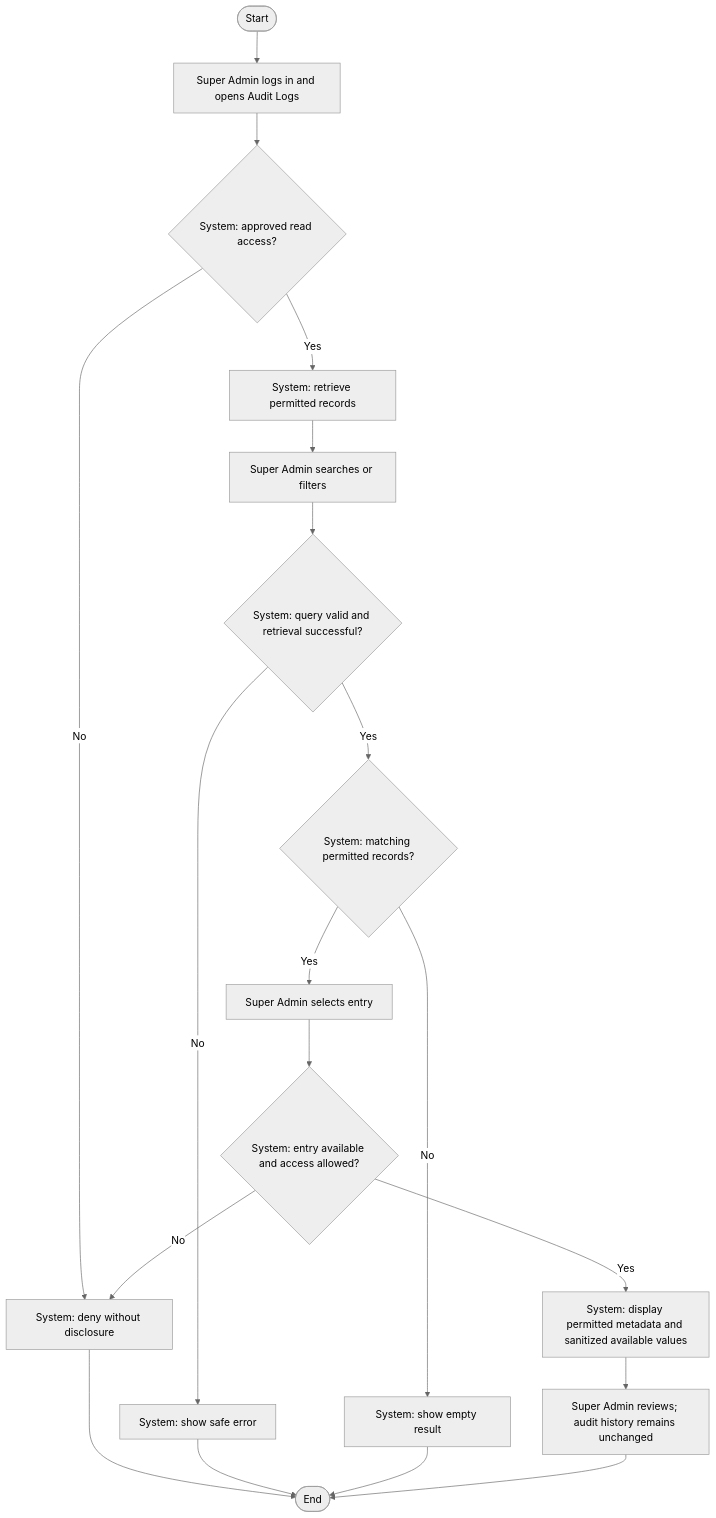
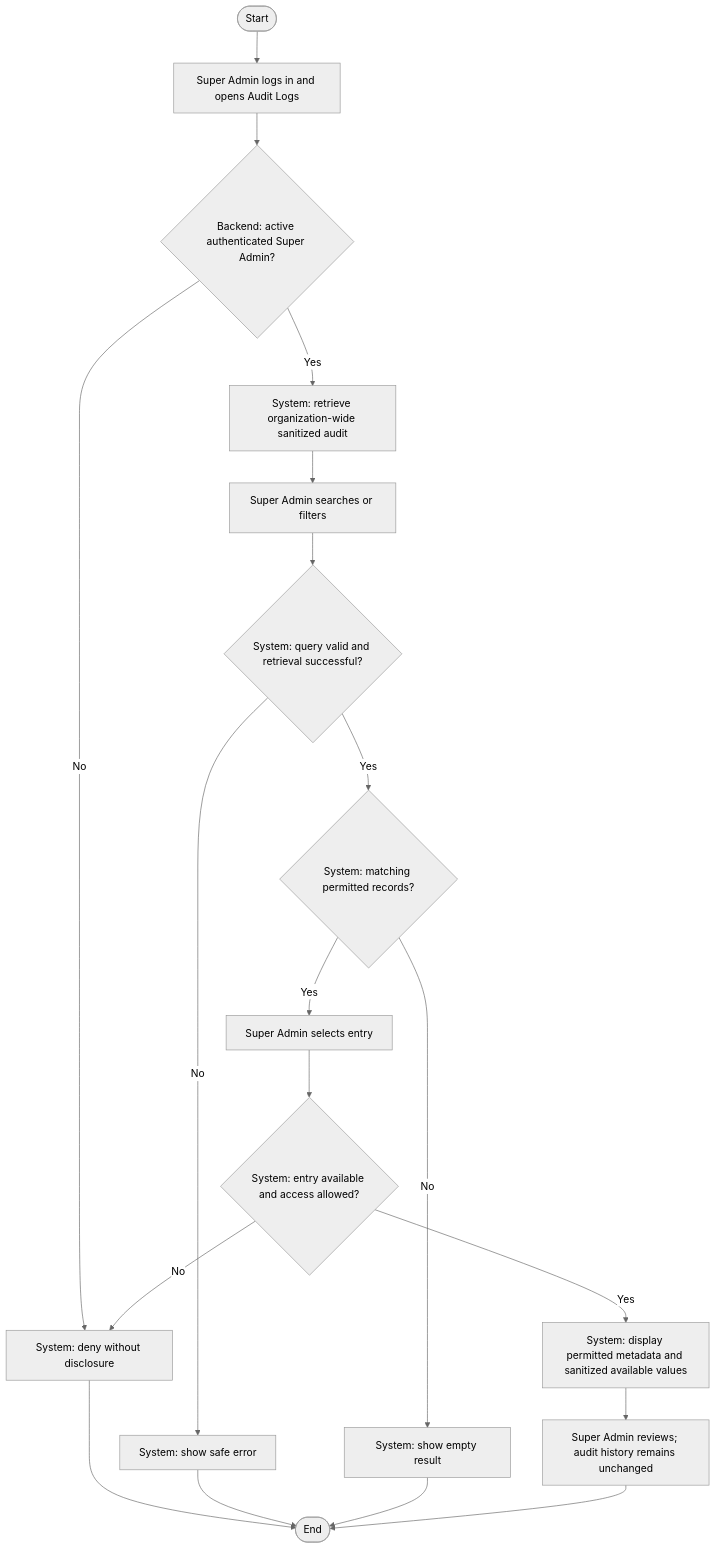
The diagram in docs/flows/super-admin/view-audit-logs.md (ShahzamanNaveed/HopeBridge), drawn with Mermaid (neutral theme) before and after one commit. The commit also changed other lines of this file and 54 other files, not shown here.

Commit message:
add final project architecture

````diff
--- a/docs/flows/super-admin/view-audit-logs.md
+++ b/docs/flows/super-admin/view-audit-logs.md
@@ -50,21 +51,21 @@
 ```mermaid
 flowchart TD
     A([Start]) --> B["Super Admin logs in and opens Audit Logs"]
-    B --> C{"System: approved read access?"}
+    B --> C{"Backend: active authenticated Super Admin?"}
     C -->|No| X["System: deny without disclosure"]
-    C -->|Yes| D["System: retrieve permitted records"]
+    C -->|Yes| D["System: retrieve organization-wide sanitized audit"]
     D --> E["Super Admin searches or filters"]
     E --> F{"System: query valid and retrieval successful?"}
     F -->|No| Y["System: show safe error"]
     F -->|Yes| G{"System: matching permitted records?"}
     G -->|No| H["System: show empty result"]
     G -->|Yes| I["Super Admin selects entry"]
     I --> J{"System: entry available and access allowed?"}
     J -->|No| X
     J -->|Yes| K["System: display permitted metadata and sanitized available values"]
     K --> L["Super Admin reviews; audit history remains unchanged"]
     X --> Z([End])
     Y --> Z
     H --> Z
     L --> Z
 ```
````
